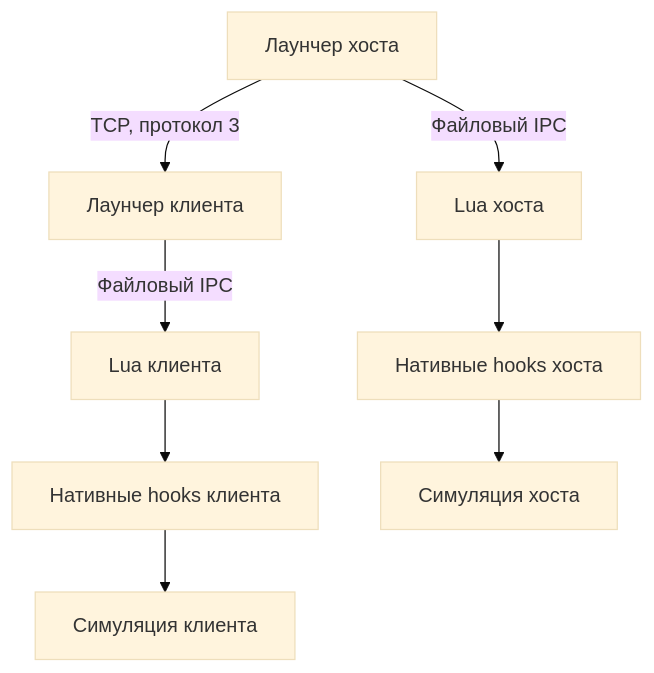
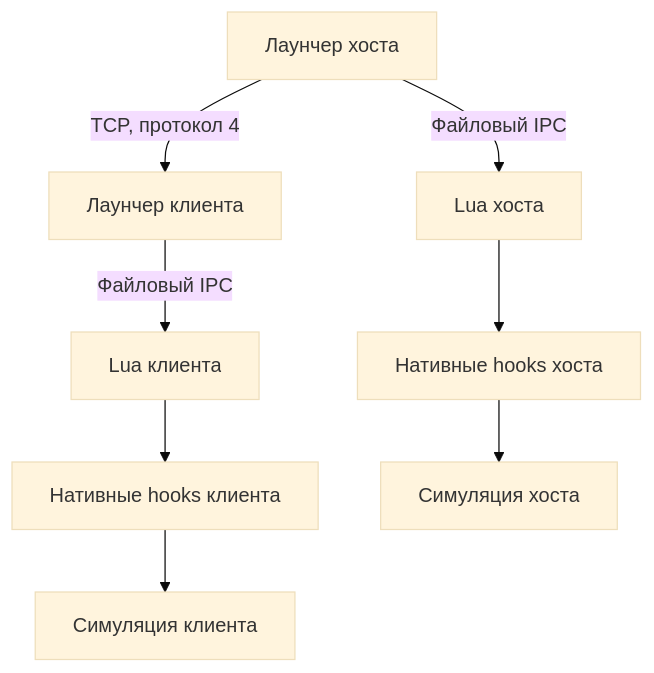
The diagram in ARCHITECTURE.md (WestDed/TransportFever3-Multiplayer), drawn with Mermaid (base theme) before and after one commit. The commit also changed other lines of this file and 8 other files, not shown here.

Commit message:
Update architecture, player backups, migration guidance and actual ownership test boundaries

````diff
--- a/ARCHITECTURE.md
+++ b/ARCHITECTURE.md
@@ -9,10 +9,10 @@
 ```mermaid
 flowchart TD
-  H["Лаунчер хоста"] -->|"TCP, протокол 3"| C["Лаунчер клиента"]
+  H["Лаунчер хоста"] -->|"TCP, протокол 4"| C["Лаунчер клиента"]
   H -->|"Файловый IPC"| HL["Lua хоста"]
   C -->|"Файловый IPC"| CL["Lua клиента"]
   HL --> HN["Нативные hooks хоста"]
   CL --> CN["Нативные hooks клиента"]
   HN --> HE["Симуляция хоста"]
   CN --> CE["Симуляция клиента"]
 ```
````
